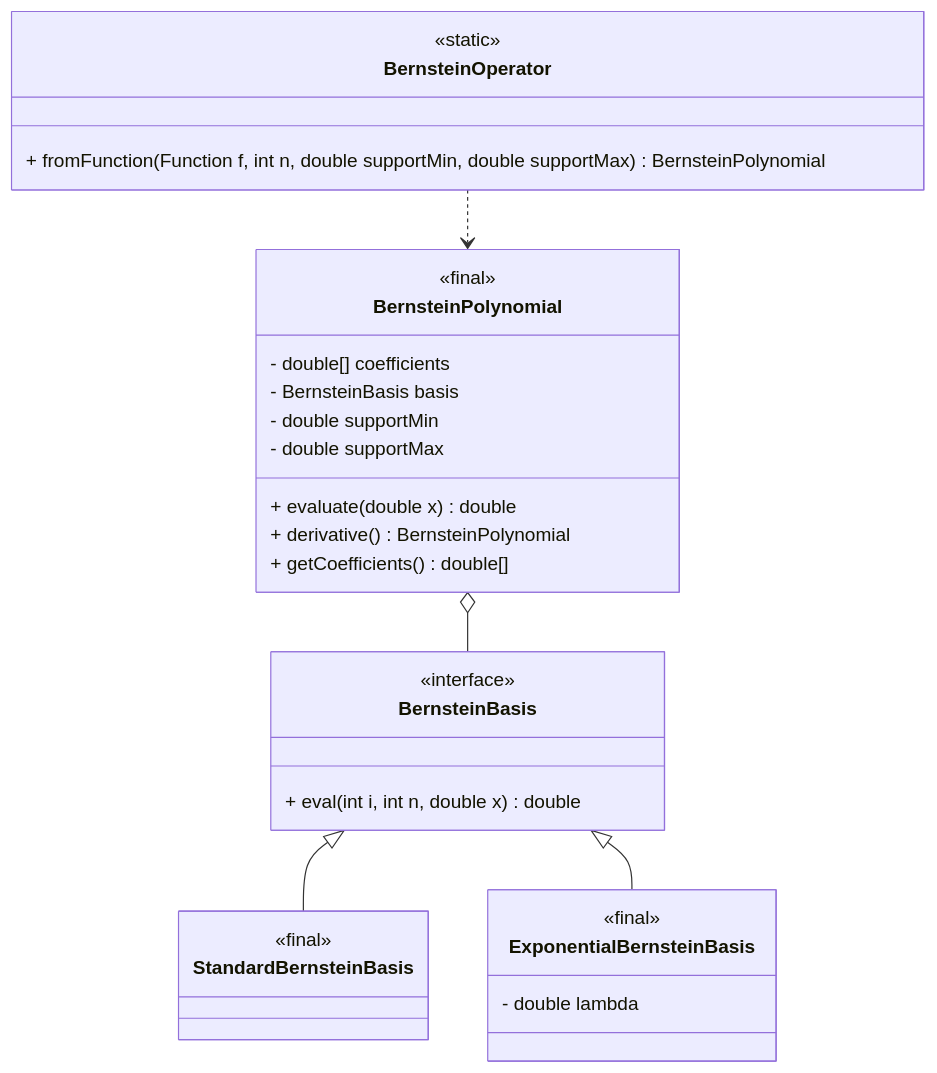
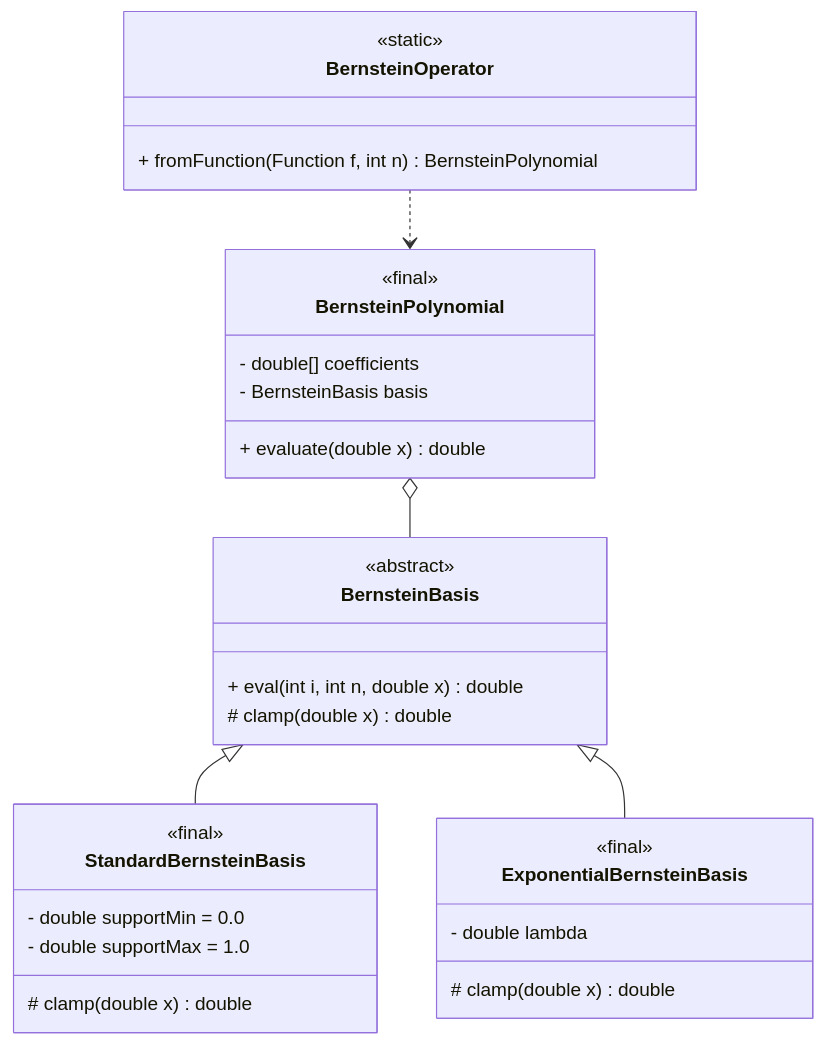
The diagram in report/images/2-bernstein/class_diagram.mmd (edoardosarri24/probabilistic-soft-real-time-analysis), drawn with Mermaid before and after one commit. The commit also changed 20 other files, not shown here.

```diff
--- a/report/images/2-bernstein/class_diagram.mmd
+++ b/report/images/2-bernstein/class_diagram.mmd
@@ -1,39 +1,40 @@
 
 classDiagram
 
     class BernsteinOperator {
         <<static>>
-        + fromFunction(Function f, int n, double supportMin, double supportMax) BernsteinPolynomial
+        + fromFunction(Function f, int n) BernsteinPolynomial
     }
 
     %% Domain classes
     class BernsteinPolynomial {
         <<final>>
         - double[] coefficients
         - BernsteinBasis basis
-        - double supportMin
-        - double supportMax
         + evaluate(double x) double
-        + derivative() BernsteinPolynomial
-        + getCoefficients() double[]
     }
 
     class BernsteinBasis {
-        <<interface>>
+        <<abstract>>
         + eval(int i, int n, double x) double
+        # clamp(double x) double
     }
 
     class StandardBernsteinBasis {
         <<final>>
+        - double supportMin = 0.0
+        - double supportMax = 1.0
+        # clamp(double x) double
     }
 
     class ExponentialBernsteinBasis {
         <<final>>
         - double lambda
+        # clamp(double x) double
     }
 
     %% Relations
     BernsteinPolynomial o-- BernsteinBasis
     BernsteinBasis <|-- StandardBernsteinBasis
     BernsteinBasis <|-- ExponentialBernsteinBasis
     BernsteinOperator ..> BernsteinPolynomial
```
